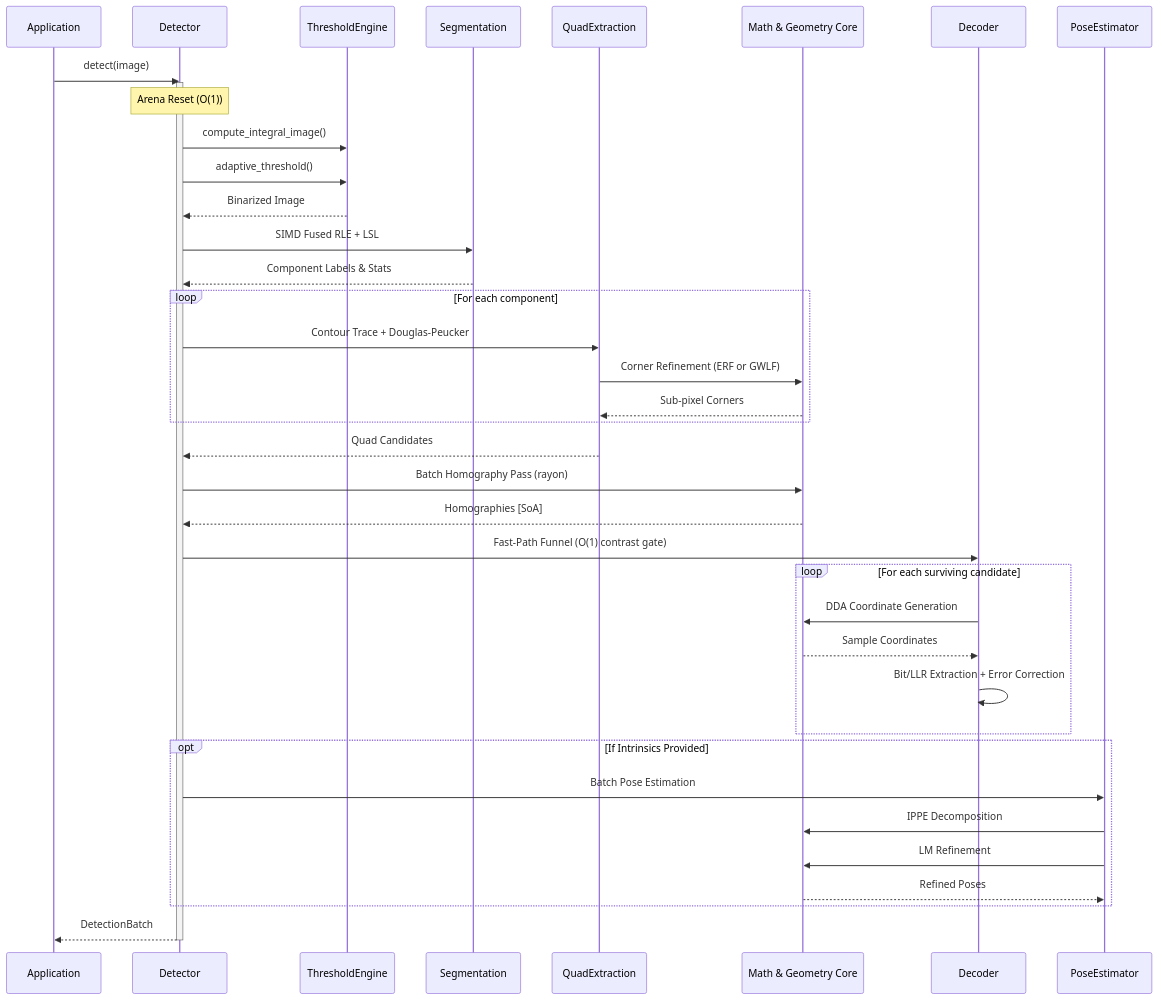
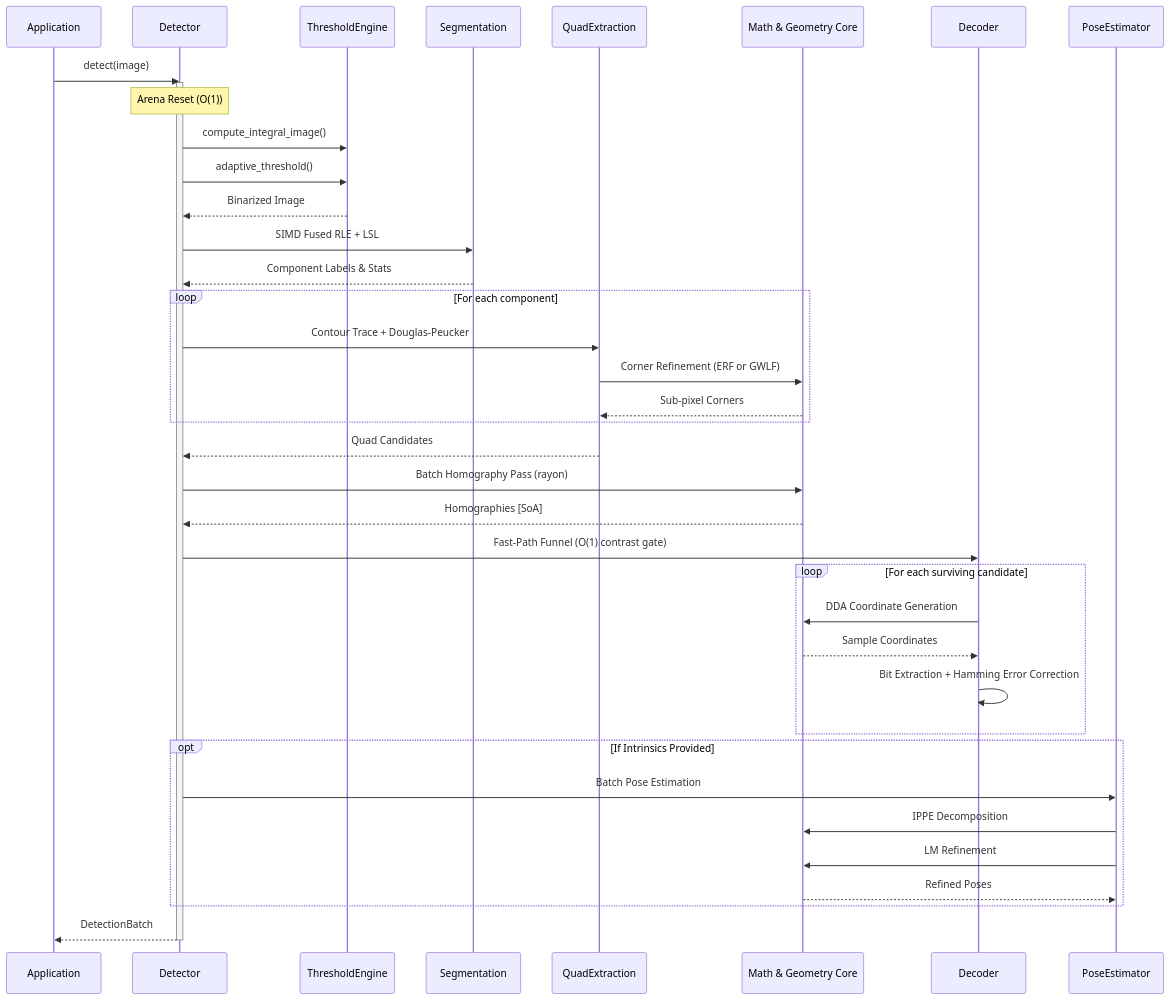
Before and after one commit to NoeFontana/locus-tag: the second of 2 diagrams in docs/explanation/pipeline.md, drawn with Mermaid. The commit also changed other lines of this file and 43 other files, not shown here.

````diff
--- a/docs/explanation/pipeline.md
+++ b/docs/explanation/pipeline.md
@@ -188,50 +183,50 @@
 ```mermaid
 sequenceDiagram
     participant App as Application
     participant Det as Detector
     participant Thresh as ThresholdEngine
     participant Seg as Segmentation
     participant Quad as QuadExtraction
     participant Geom as Math & Geometry Core
     participant Decode as Decoder
     participant Pose as PoseEstimator
 
     App->>Det: detect(image)
     activate Det
 
     Note over Det: Arena Reset (O(1))
 
     Det->>Thresh: compute_integral_image()
     Det->>Thresh: adaptive_threshold()
     Thresh-->>Det: Binarized Image
 
     Det->>Seg: SIMD Fused RLE + LSL
     Seg-->>Det: Component Labels & Stats
 
     loop For each component
         Det->>Quad: Contour Trace + Douglas-Peucker
         Quad->>Geom: Corner Refinement (ERF or GWLF)
         Geom-->>Quad: Sub-pixel Corners
     end
     Quad-->>Det: Quad Candidates
 
     Det->>Geom: Batch Homography Pass (rayon)
     Geom-->>Det: Homographies [SoA]
 
     Det->>Decode: Fast-Path Funnel (O(1) contrast gate)
     loop For each surviving candidate
         Decode->>Geom: DDA Coordinate Generation
         Geom-->>Decode: Sample Coordinates
-        Decode->>Decode: Bit/LLR Extraction + Error Correction
+        Decode->>Decode: Bit Extraction + Hamming Error Correction
     end
 
     opt If Intrinsics Provided
         Det->>Pose: Batch Pose Estimation
         Pose->>Geom: IPPE Decomposition
         Pose->>Geom: LM Refinement
         Geom-->>Pose: Refined Poses
     end
 
     Det-->>App: DetectionBatch
     deactivate Det
 ```
````
